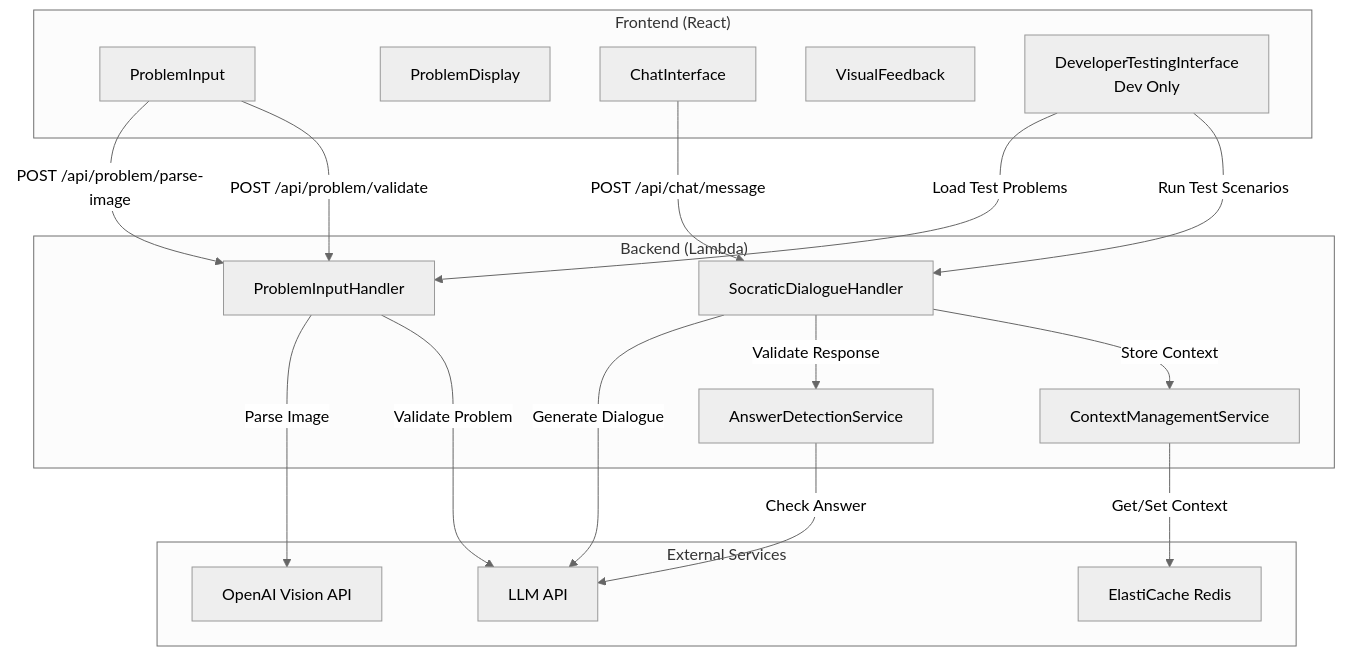
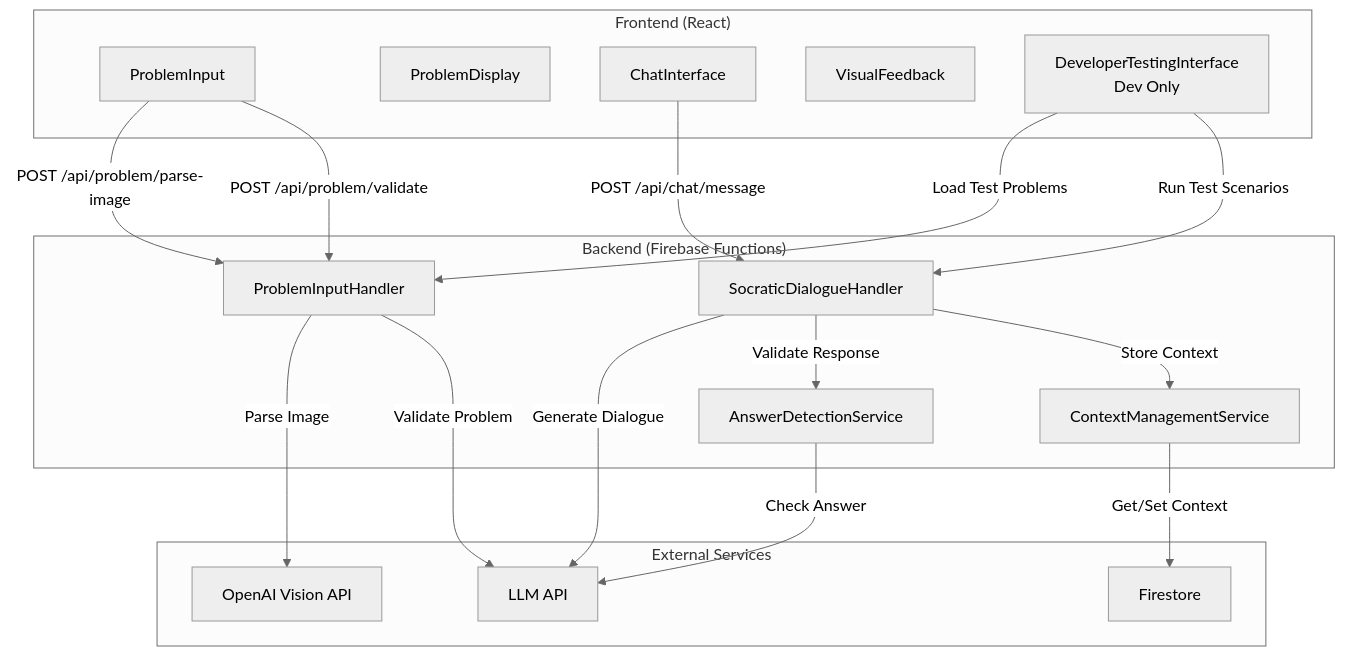
Before and after one commit to bluesam1/AI-Math-Tutor: the second of 6 diagrams in docs/architecture.md, drawn with Mermaid (neutral theme). The commit also changed other lines of this file and 42 other files, not shown here.

````diff
--- a/docs/architecture.md
+++ b/docs/architecture.md
@@ -1030,36 +1017,36 @@
 ```mermaid
 graph TB
     subgraph "Frontend (React)"
         PI[ProblemInput]
         PD[ProblemDisplay]
         CI[ChatInterface]
         VF[VisualFeedback]
         DTI[DeveloperTestingInterface<br/>Dev Only]
     end
 
-    subgraph "Backend (Lambda)"
+    subgraph "Backend (Firebase Functions)"
         PIH[ProblemInputHandler]
         SDH[SocraticDialogueHandler]
         ADS[AnswerDetectionService]
         CMS[ContextManagementService]
     end
 
     subgraph "External Services"
         VisionAPI[OpenAI Vision API]
         LLMAPI[LLM API]
-        Redis[ElastiCache Redis]
+        Firestore[Firestore]
     end
 
     PI -->|POST /api/problem/parse-image| PIH
     PI -->|POST /api/problem/validate| PIH
     CI -->|POST /api/chat/message| SDH
     SDH -->|Generate Dialogue| LLMAPI
     SDH -->|Validate Response| ADS
     ADS -->|Check Answer| LLMAPI
     SDH -->|Store Context| CMS
-    CMS -->|Get/Set Context| Redis
+    CMS -->|Get/Set Context| Firestore
     PIH -->|Parse Image| VisionAPI
     PIH -->|Validate Problem| LLMAPI
     DTI -->|Load Test Problems| PIH
     DTI -->|Run Test Scenarios| SDH
 ```
````
